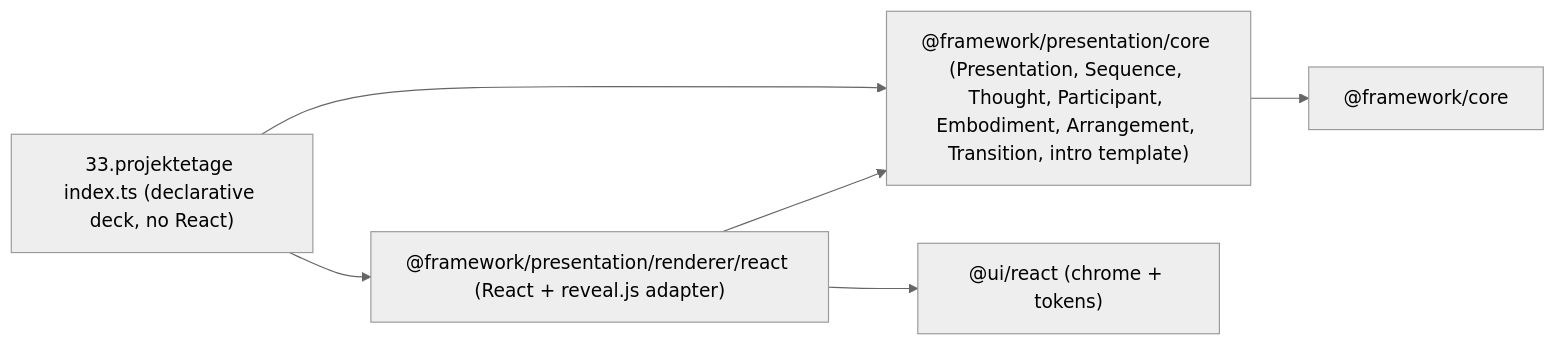
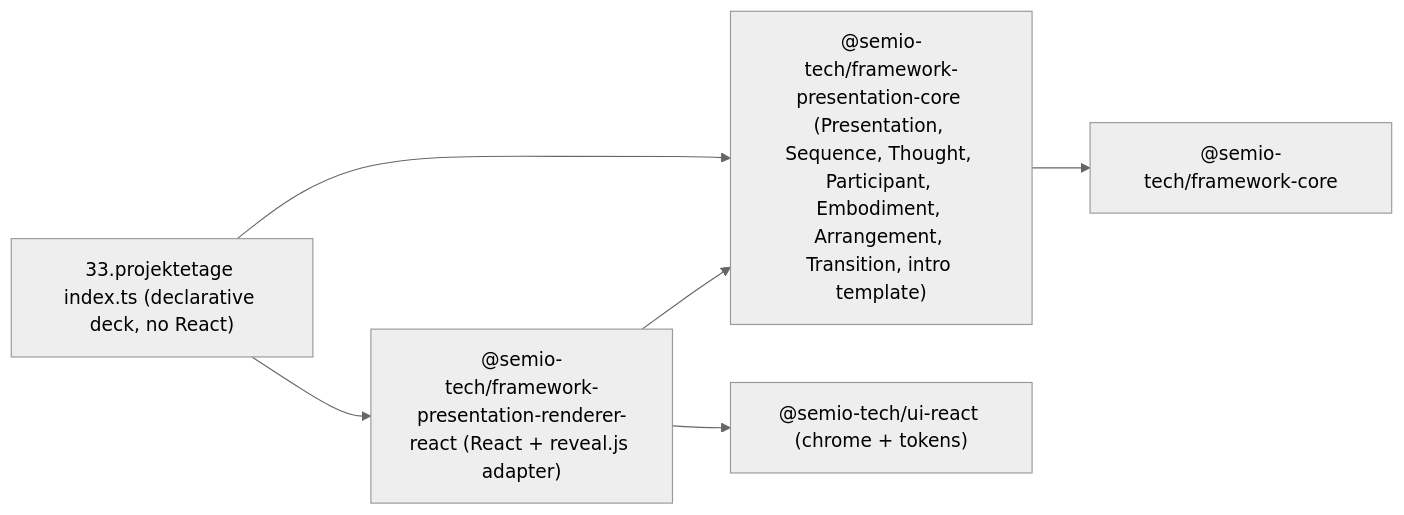
Before and after one commit to usalu/semio: the diagram in .cursor/plans/presentation_framework_69342862.plan.md, drawn with Mermaid (neutral theme). The commit also changed other lines of this file and 1282 other files, not shown here.

````diff
--- a/.cursor/plans/presentation_framework_69342862.plan.md
+++ b/.cursor/plans/presentation_framework_69342862.plan.md
@@ -38,13 +38,13 @@
 ```mermaid
 flowchart LR
   app["33.projektetage index.ts (declarative deck, no React)"]
-  core["@framework/presentation/core (Presentation, Sequence, Thought, Participant, Embodiment, Arrangement, Transition, intro template)"]
-  renderer["@framework/presentation/renderer/react (React + reveal.js adapter)"]
-  fcore["@framework/core"]
-  ui["@ui/react (chrome + tokens)"]
+  core["@semio-tech/framework-presentation-core (Presentation, Sequence, Thought, Participant, Embodiment, Arrangement, Transition, intro template)"]
+  renderer["@semio-tech/framework-presentation-renderer-react (React + reveal.js adapter)"]
+  fcore["@semio-tech/framework-core"]
+  ui["@semio-tech/ui-react (chrome + tokens)"]
   app --> core
   app --> renderer
   renderer --> core
   core --> fcore
   renderer --> ui
 ```
````
